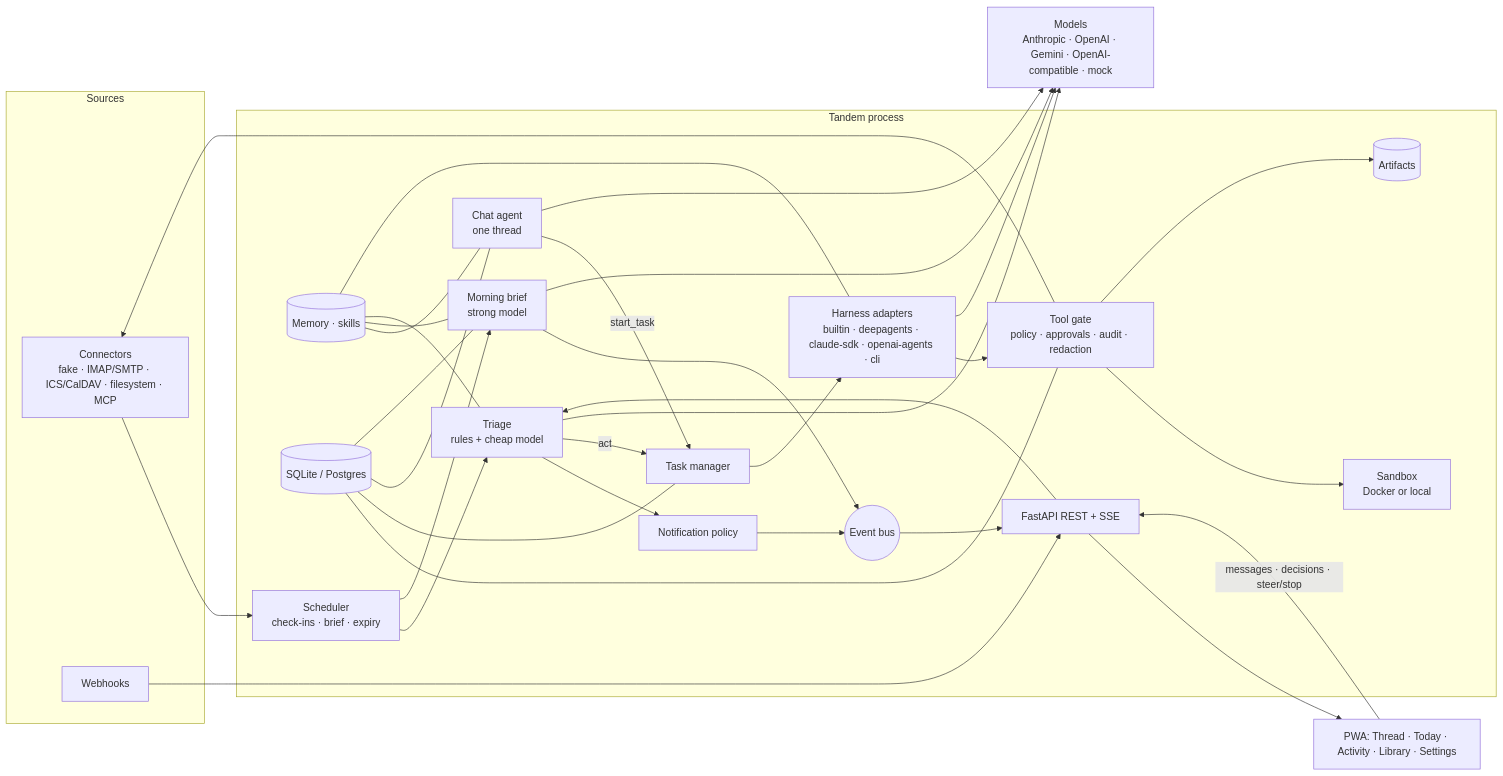
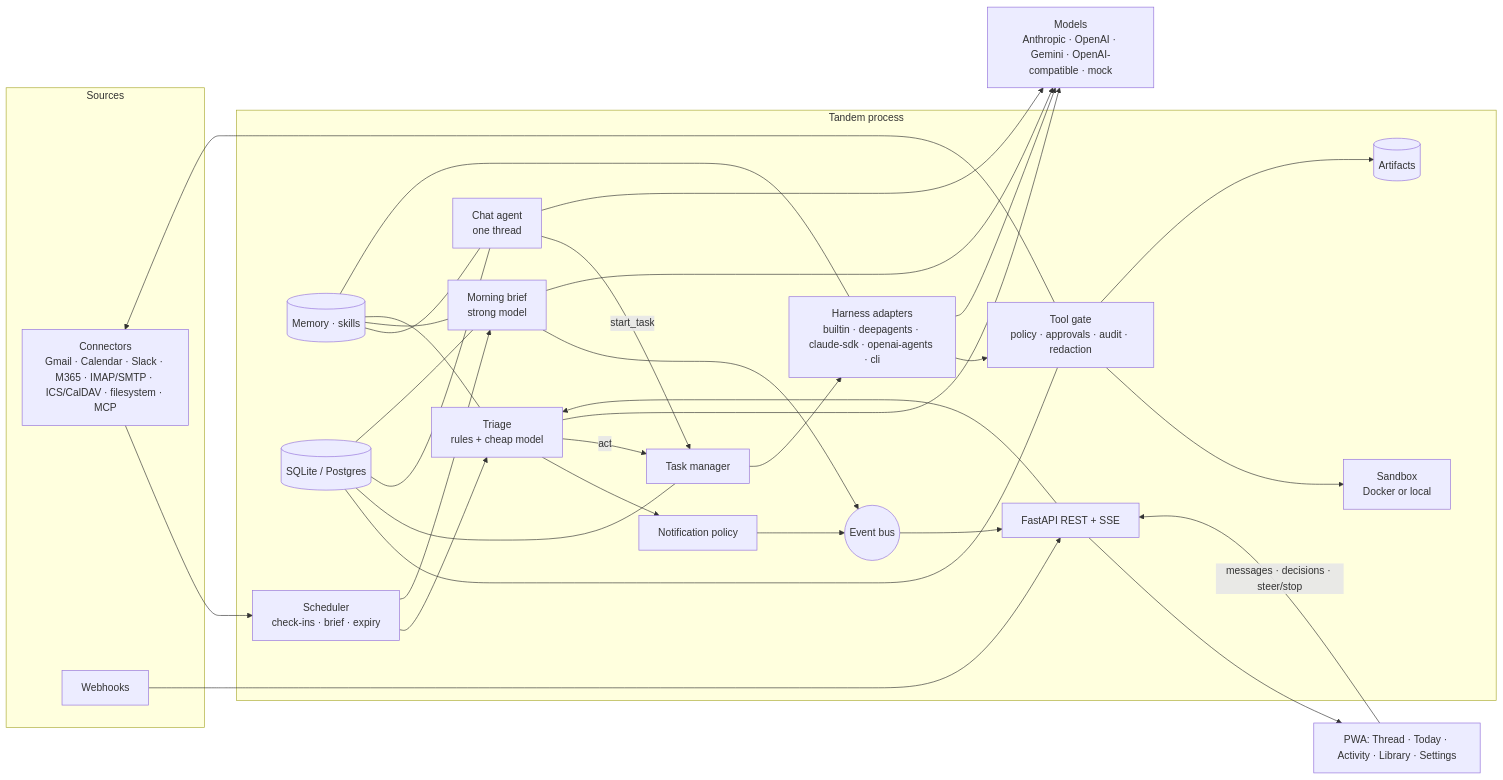
Before and after one commit to script-repo/new-duet: the diagram in README.md, drawn with Mermaid. The commit also changed other lines of this file and 6 other files, not shown here.

````diff
--- a/README.md
+++ b/README.md
@@ -268,42 +279,42 @@
 ```mermaid
 flowchart LR
   subgraph Sources
-    C1[Connectors<br/>fake · IMAP/SMTP · ICS/CalDAV · filesystem · MCP]
+    C1[Connectors<br/>Gmail · Calendar · Slack · M365 · IMAP/SMTP · ICS/CalDAV · filesystem · MCP]
     WH[Webhooks]
   end
   subgraph Tandem process
     SCH[Scheduler<br/>check-ins · brief · expiry]
     TRI[Triage<br/>rules + cheap model]
     NOT[Notification policy]
     BRF[Morning brief<br/>strong model]
     CHAT[Chat agent<br/>one thread]
     TM[Task manager]
     H[Harness adapters<br/>builtin · deepagents · claude-sdk · openai-agents · cli]
     GATE[Tool gate<br/>policy · approvals · audit · redaction]
     SBX[Sandbox<br/>Docker or local]
     MEM[(Memory · skills)]
     ART[(Artifacts)]
     DB[(SQLite / Postgres)]
     BUS((Event bus))
     API[FastAPI REST + SSE]
   end
   UI[PWA: Thread · Today · Activity · Library · Settings]
   M[Models<br/>Anthropic · OpenAI · Gemini · OpenAI-compatible · mock]
 
   C1 --> SCH
   WH --> API --> TRI
   SCH --> TRI --> NOT --> BUS
   SCH --> BRF --> BUS
   TRI -->|act| TM
   CHAT -->|start_task| TM --> H --> GATE --> SBX
   GATE --> C1
   GATE --> ART
   H --> M
   TRI --> M
   BRF --> M
   CHAT --> M
   MEM --- CHAT & BRF & TRI & H
   BUS --> API --> UI
   UI -->|messages · decisions · steer/stop| API
   DB --- GATE & TM & CHAT & BRF
 ```
````
